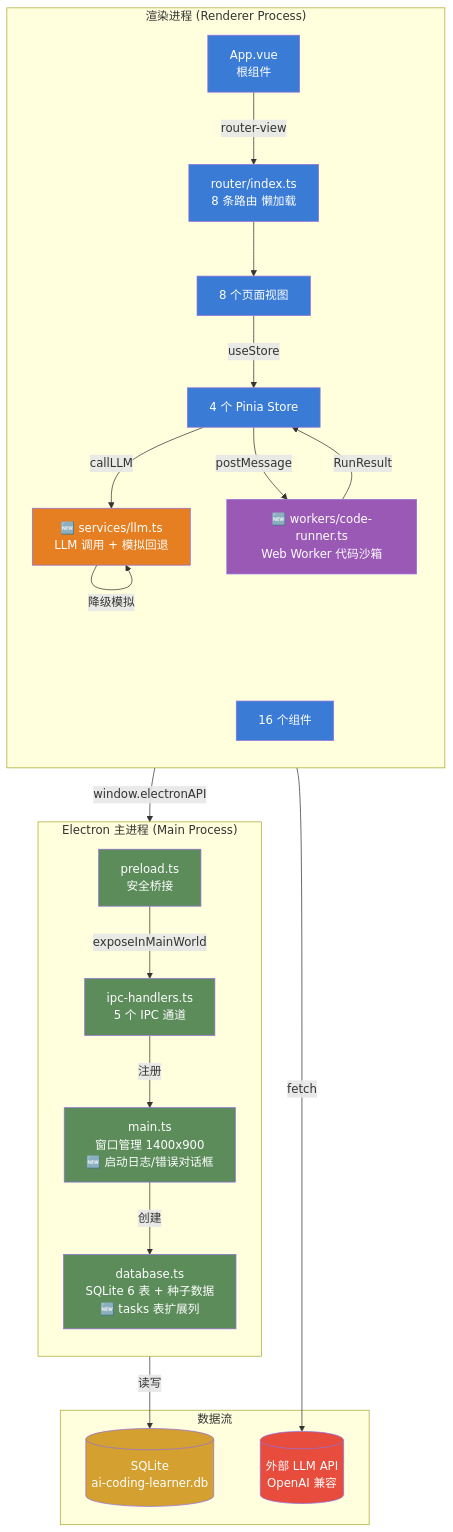
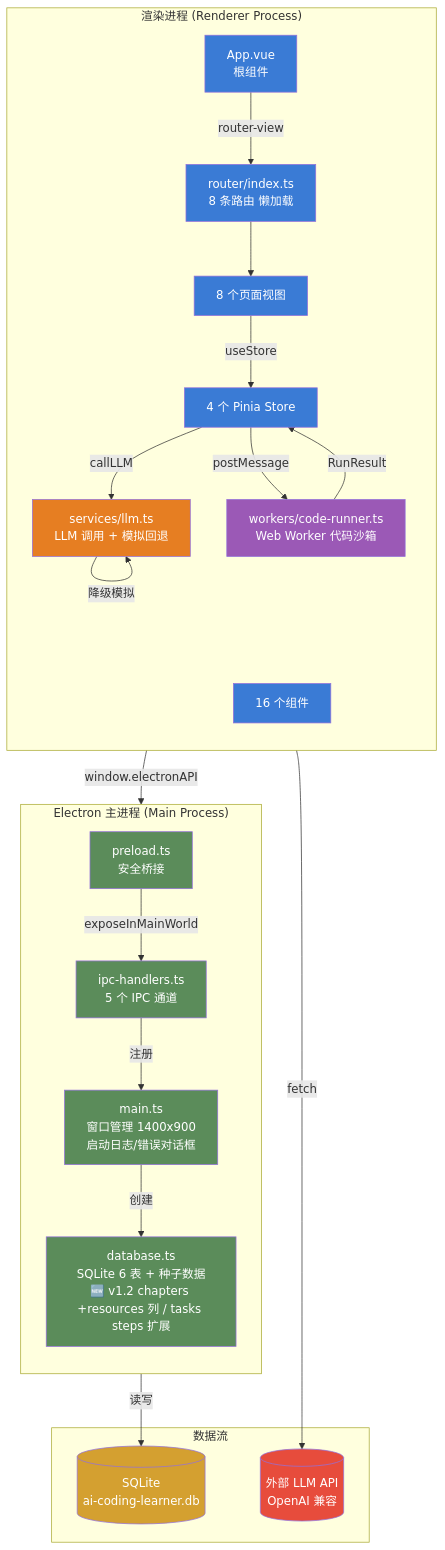
Before and after one commit to lbh1nb/ai-agent-learner: the first of 10 diagrams in 系统架构文档.md, drawn with Mermaid. The commit also changed other lines of this file and 10 other files, not shown here.

````diff
--- a/系统架构文档.md
+++ b/系统架构文档.md
@@ -35,54 +37,54 @@
 ```mermaid
 graph TB
     subgraph "Electron 主进程 (Main Process)"
         direction TB
-        MAIN[main.ts<br/>窗口管理 1400x900<br/>🆕 启动日志/错误对话框]
-        DB[database.ts<br/>SQLite 6 表 + 种子数据<br/>🆕 tasks 表扩展列]
+        MAIN[main.ts<br/>窗口管理 1400x900<br/>启动日志/错误对话框]
+        DB[database.ts<br/>SQLite 6 表 + 种子数据<br/>🆕 v1.2 chapters +resources 列 / tasks steps 扩展]
         IPC[ipc-handlers.ts<br/>5 个 IPC 通道]
         PRE[preload.ts<br/>安全桥接]
     end
 
     subgraph "渲染进程 (Renderer Process)"
         direction TB
         APP[App.vue<br/>根组件]
         ROUTER[router/index.ts<br/>8 条路由 懒加载]
         VIEWS[8 个页面视图]
         STORES[4 个 Pinia Store]
         COMPS[16 个组件]
-        SERVICES[🆕 services/llm.ts<br/>LLM 调用 + 模拟回退]
-        WORKERS[🆕 workers/code-runner.ts<br/>Web Worker 代码沙箱]
+        SERVICES[services/llm.ts<br/>LLM 调用 + 模拟回退]
+        WORKERS[workers/code-runner.ts<br/>Web Worker 代码沙箱]
     end
 
     subgraph "数据流"
         SQLITE[(SQLite<br/>ai-coding-learner.db)]
         LLM_API[(外部 LLM API<br/>OpenAI 兼容)]
     end
 
     MAIN --> |创建| DB
     DB --> |读写| SQLITE
     IPC --> |注册| MAIN
     PRE --> |exposeInMainWorld| IPC
     APP --> |router-view| ROUTER
     ROUTER --> VIEWS
     VIEWS --> |useStore| STORES
     STORES --> |window.electronAPI| PRE
     STORES --> |callLLM| SERVICES
     SERVICES --> |fetch| LLM_API
     SERVICES --> |降级模拟| SERVICES
     STORES --> |postMessage| WORKERS
     WORKERS --> |RunResult| STORES
 
     style MAIN fill:#5B8C5A,color:#fff
     style DB fill:#5B8C5A,color:#fff
     style IPC fill:#5B8C5A,color:#fff
     style PRE fill:#5B8C5A,color:#fff
     style APP fill:#3A7BD5,color:#fff
     style ROUTER fill:#3A7BD5,color:#fff
     style VIEWS fill:#3A7BD5,color:#fff
     style STORES fill:#3A7BD5,color:#fff
     style COMPS fill:#3A7BD5,color:#fff
     style SERVICES fill:#E67E22,color:#fff
     style WORKERS fill:#9B59B6,color:#fff
     style SQLITE fill:#D4A030,color:#fff
     style LLM_API fill:#E74C3C,color:#fff
 ```
````
